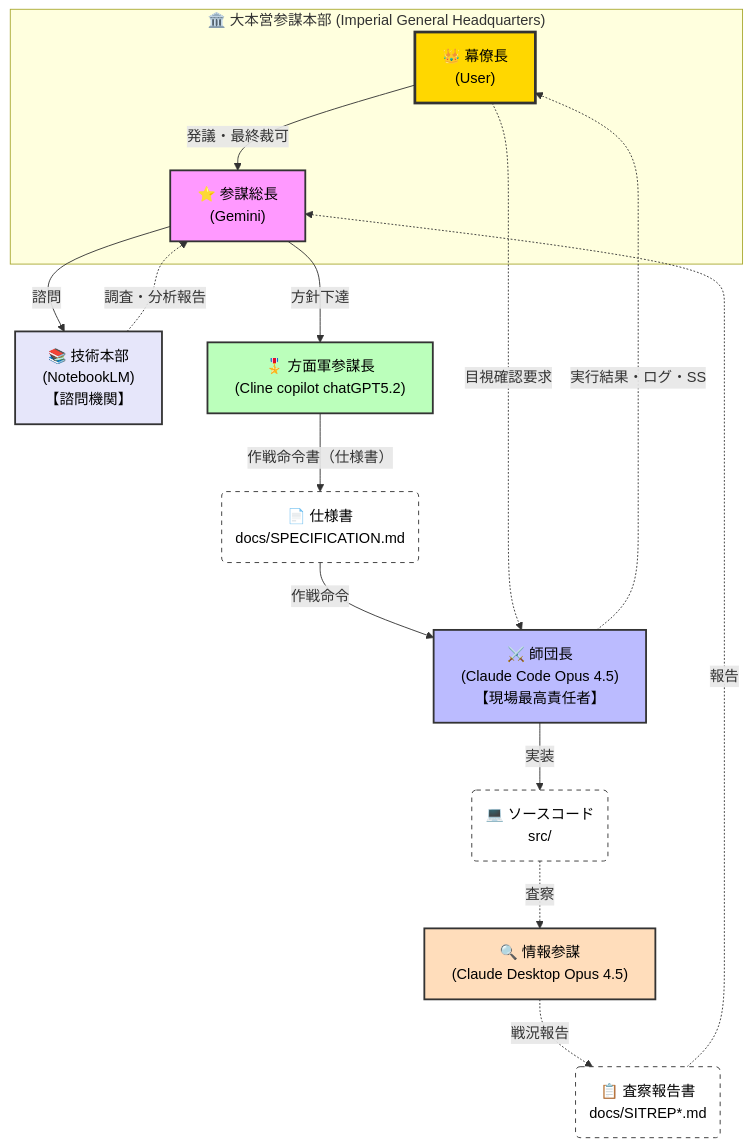
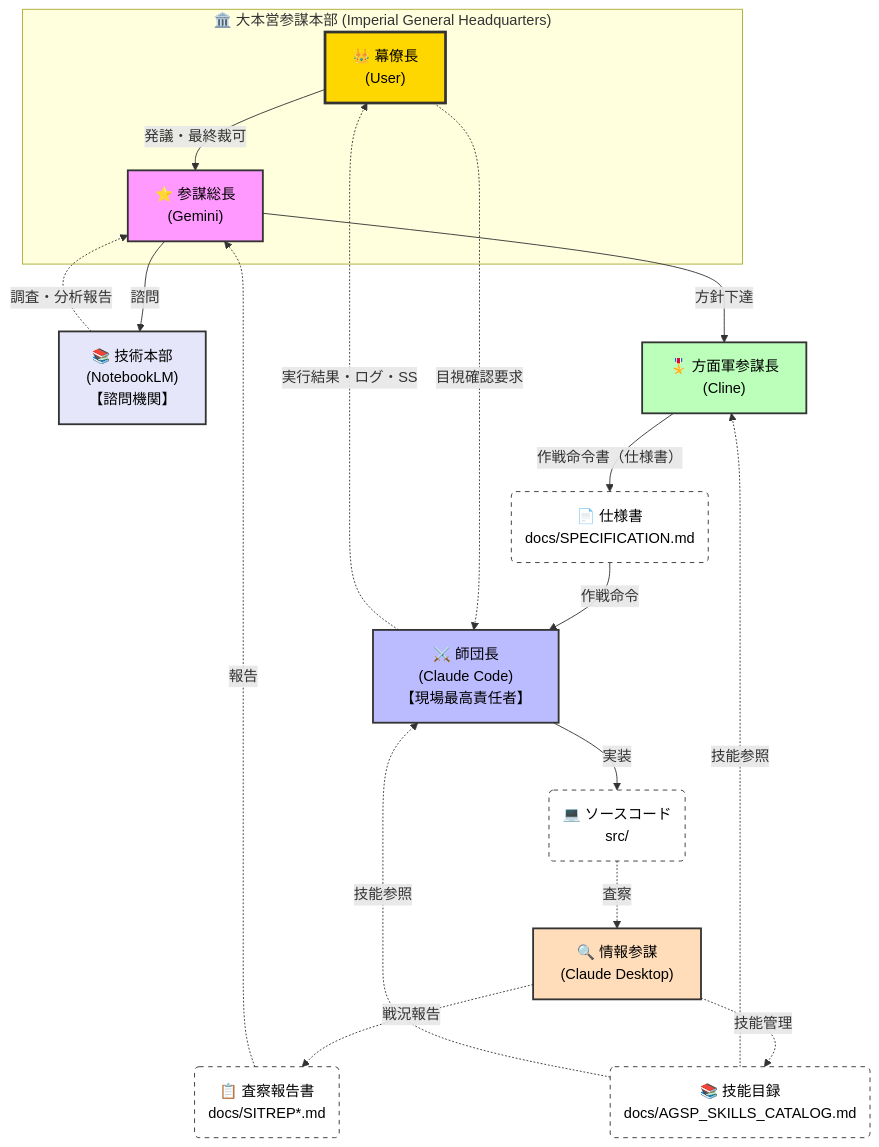
Before and after one commit to kumaxxp/ai-general-staff-protocol: the diagram in README.md, drawn with Mermaid. The commit also changed other lines of this file and 4 other files, not shown here.

````diff
--- a/README.md
+++ b/README.md
@@ -15,50 +15,56 @@
 ```mermaid
 graph TD
     %% 定義: クラススタイル
     classDef supreme fill:#ffd700,stroke:#333,stroke-width:3px,color:black
     classDef staff fill:#f9f,stroke:#333,stroke-width:2px,color:black
     classDef tech fill:#e6e6fa,stroke:#333,stroke-width:2px,color:black
     classDef army fill:#bfb,stroke:#333,stroke-width:2px,color:black
     classDef field fill:#bbf,stroke:#333,stroke-width:2px,color:black
     classDef intel fill:#fdb,stroke:#333,stroke-width:2px,color:black
     classDef artifact fill:#fff,stroke:#333,stroke-dasharray: 5 5,color:black
 
     %% 大本営参謀本部
     subgraph GHQ["🏛️ 大本営参謀本部 (Imperial General Headquarters)"]
         User["👑 幕僚長<br/>(User)"]:::supreme
         Gemini["⭐ 参謀総長<br/>(Gemini)"]:::staff
     end
 
     %% 技術本部
     NLM["📚 技術本部<br/>(NotebookLM)<br/>【諮問機関】"]:::tech
 
     %% 方面軍
-    Cline["🎖️ 方面軍参謀長<br/>(Cline copilot chatGPT5.2)"]:::army
+    Cline["🎖️ 方面軍参謀長<br/>(Cline)"]:::army
 
     %% 師団
-    CCode["⚔️ 師団長<br/>(Claude Code Opus 4.5)<br/>【現場最高責任者】"]:::field
+    CCode["⚔️ 師団長<br/>(Claude Code)<br/>【現場最高責任者】"]:::field
 
     %% 情報参謀
-    CDesk["🔍 情報参謀<br/>(Claude Desktop Opus 4.5)"]:::intel
+    CDesk["🔍 情報参謀<br/>(Claude Desktop)"]:::intel
 
     %% 成果物
     Specs("📄 仕様書<br/>docs/SPECIFICATION.md"):::artifact
+    Skills("📚 技能目録<br/>docs/AGSP_SKILLS_CATALOG.md"):::artifact
     Src("💻 ソースコード<br/>src/"):::artifact
     Report("📋 査察報告書<br/>docs/SITREP*.md"):::artifact
 
     %% 指揮系統
     User -->|"発議・最終裁可"| Gemini
     Gemini -->|"諮問"| NLM
     NLM -.->|"調査・分析報告"| Gemini
     Gemini -->|"方針下達"| Cline
     Cline -->|"作戦命令書（仕様書）"| Specs
     Specs -->|"作戦命令"| CCode
     CCode -->|"実装"| Src
 
+    %% 技能共有
+    Skills -.->|"技能参照"| Cline
+    Skills -.->|"技能参照"| CCode
+
     %% 情報参謀の動線
     Src -.->|"査察"| CDesk
     CDesk -.->|"戦況報告"| Report
     Report -.->|"報告"| Gemini
+    CDesk -.->|"技能管理"| Skills
     User -.->|"目視確認要求"| CCode
     CCode -.->|"実行結果・ログ・SS"| User
 ```
````
